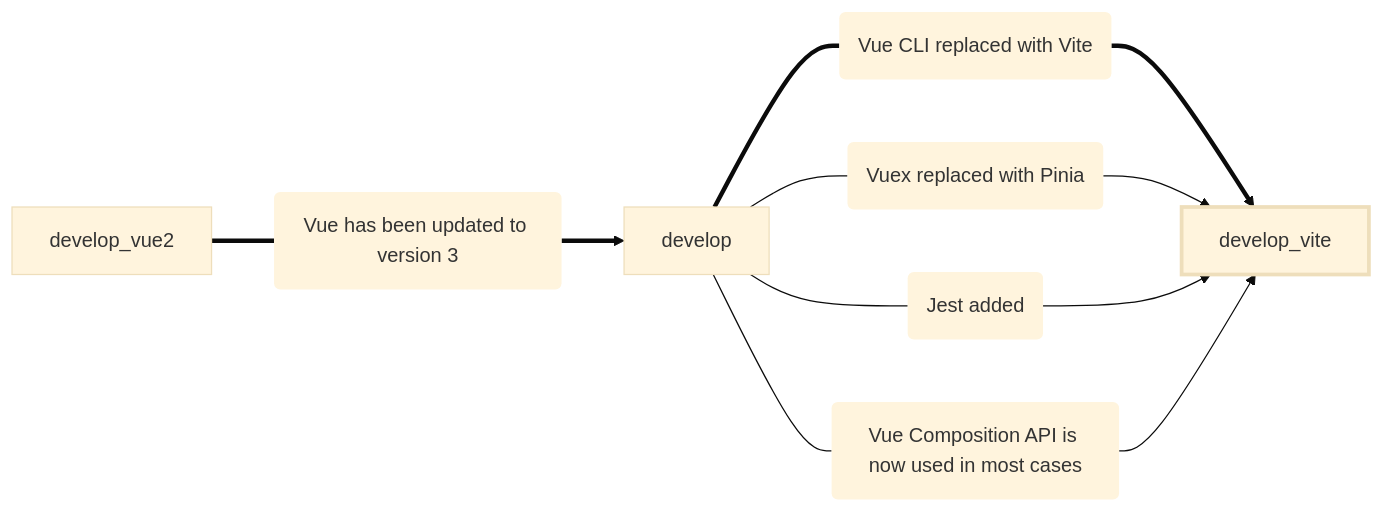
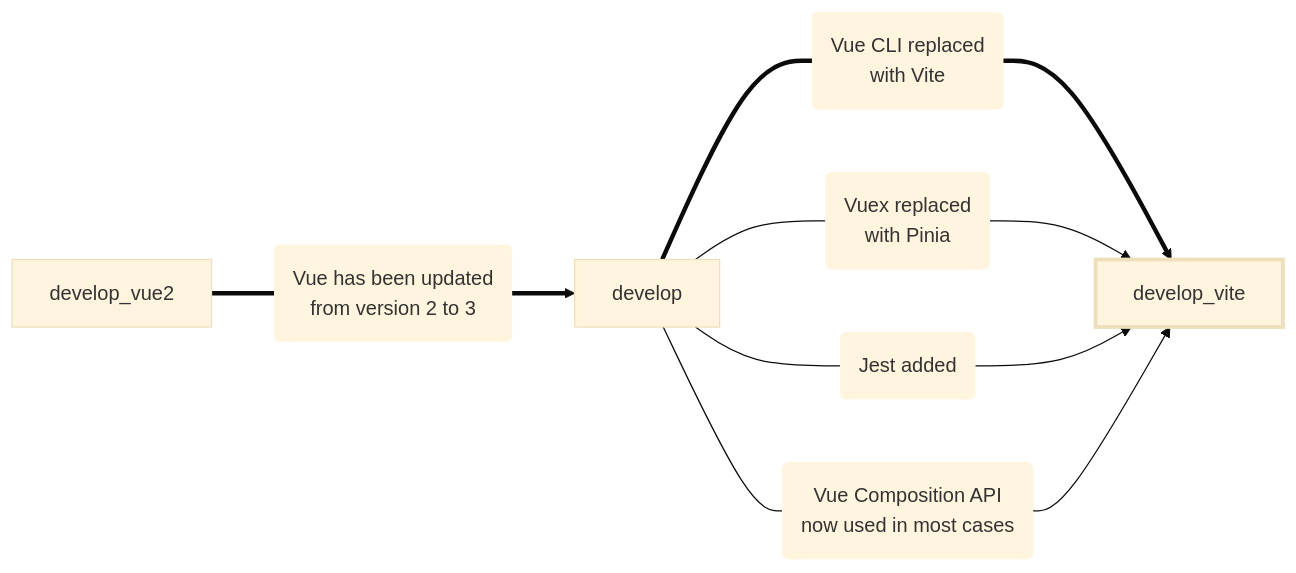
Before and after one commit to cclarice/CodeGlossary: the diagram in README.md, drawn with Mermaid (base theme).

````diff
--- a/README.md
+++ b/README.md
@@ -13,16 +13,21 @@
 ```mermaid
 graph LR;
-    vue2[develop_vue2] === vue2u(Vue has been updated to version 3) ==> vue3[develop] === viteu0(Vue CLI replaced with Vite) ==> vite[develop_vite]
-    vue3 --- viteu1(Vuex replaced with Pinia) --> vite
+    vue2[develop_vue2] === vue2u(Vue has been updated<br />from version 2 to 3) ==> vue3[develop] === viteu0(Vue CLI replaced<br />with Vite) ==> vite[develop_vite]
+    vue3 --- viteu1(Vuex replaced<br /> with Pinia) --> vite
     vue3 --- viteu2(Jest added) --> vite
-    vue3 --- viteu3(Vue Composition API is now used in most cases) --> vite
+    vue3 --- viteu3(Vue Composition API<br />now used in most cases) --> vite
     style vue2u stroke-width:0px
     style viteu0 stroke-width:0px
     style viteu1 stroke-width:0px
     style viteu2 stroke-width:0px
     style viteu3 stroke-width:0px
     style vite stroke-width:3px
     click vue2 "https://github.com/codeglossary/CodeGlossary/tree/develop_vue2"
     click vue3 "https://github.com/codeglossary/CodeGlossary/tree/develop"
     click vite "https://github.com/codeglossary/CodeGlossary/tree/develop-vite"
+    click vue2u "https://v3-migration.vuejs.org/"
+    click viteu0 "https://vitejs.dev/guide/"
+    click viteu1 "https://pinia.vuejs.org/introduction.html"
+    click viteu2 "https://jestjs.io/docs/getting-started"
+    click viteu3 "https://vuejs.org/guide/extras/composition-api-faq.html"
 ```
````
